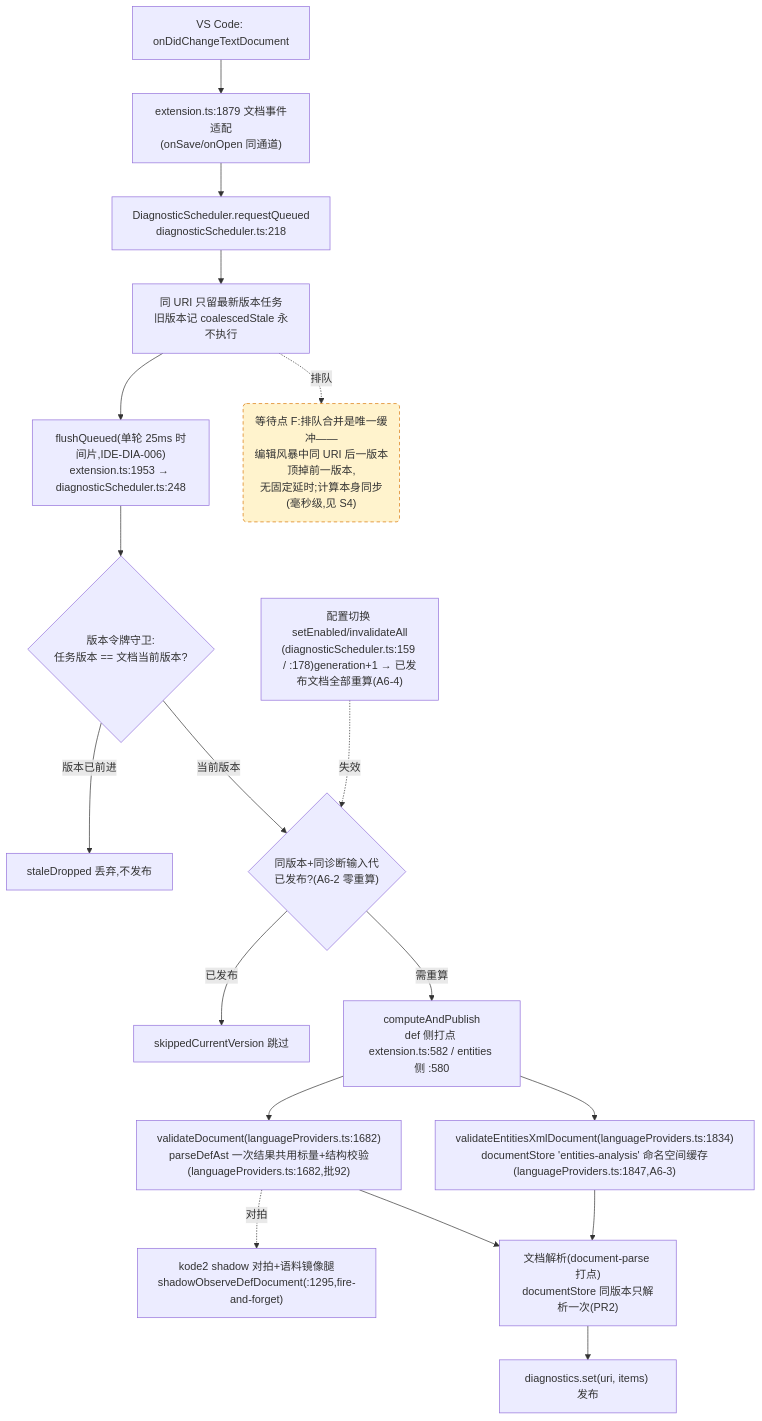
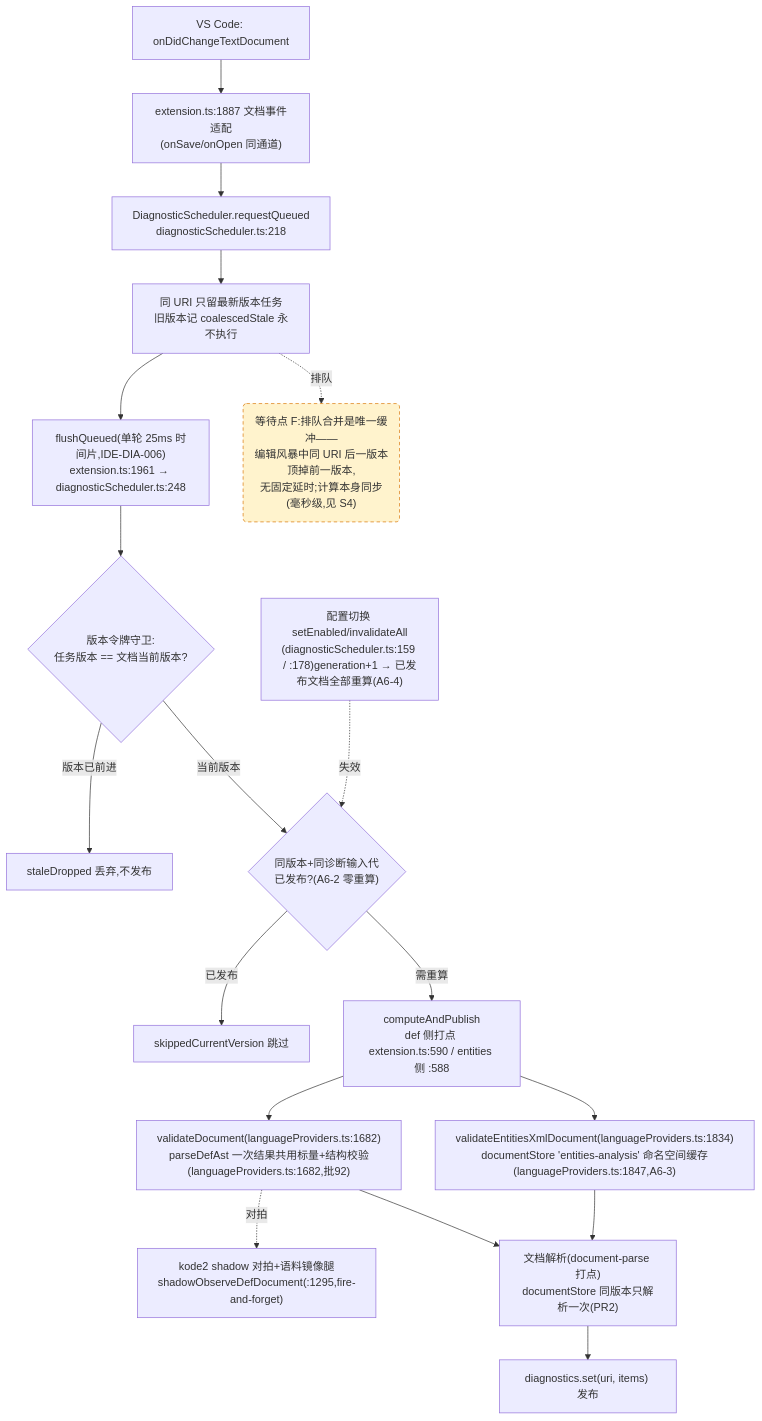
Before and after one commit to cuihairu/kode: the fourth of 4 diagrams in docs/perf/2026-baseline.md, drawn with Mermaid. The commit also changed other lines of this file and 12 other files, not shown here.

````diff
--- a/docs/perf/2026-baseline.md
+++ b/docs/perf/2026-baseline.md
@@ -214,38 +214,38 @@
 ```mermaid
 flowchart TD
   CHG["VS Code: onDidChangeTextDocument"]
-  WATCH["extension.ts:1879 文档事件适配<br/>(onSave/onOpen 同通道)"]
+  WATCH["extension.ts:1887 文档事件适配<br/>(onSave/onOpen 同通道)"]
   RQ["DiagnosticScheduler.requestQueued<br/>diagnosticScheduler.ts:218"]
   CO["同 URI 只留最新版本任务<br/>旧版本记 coalescedStale 永不执行"]
-  FL["flushQueued(单轮 25ms 时间片,IDE-DIA-006)<br/>extension.ts:1953 → diagnosticScheduler.ts:248"]
+  FL["flushQueued(单轮 25ms 时间片,IDE-DIA-006)<br/>extension.ts:1961 → diagnosticScheduler.ts:248"]
   VG{"版本令牌守卫:<br/>任务版本 == 文档当前版本?"}
   DROP["staleDropped 丢弃,不发布"]
   GEN{"同版本+同诊断输入代<br/>已发布?(A6-2 零重算)"}
   SKIP["skippedCurrentVersion 跳过"]
-  CALC["computeAndPublish<br/>def 侧打点 extension.ts:582 / entities 侧 :580"]
+  CALC["computeAndPublish<br/>def 侧打点 extension.ts:590 / entities 侧 :588"]
   VD["validateDocument(languageProviders.ts:1682)<br/>parseDefAst 一次结果共用标量+结构校验(languageProviders.ts:1682,批92)"]
   VEX["validateEntitiesXmlDocument(languageProviders.ts:1834)<br/>documentStore 'entities-analysis' 命名空间缓存(languageProviders.ts:1847,A6-3)"]
   SHDD["kode2 shadow 对拍+语料镜像腿<br/>shadowObserveDefDocument(:1295,fire-and-forget)"]
   DS["文档解析(document-parse 打点)<br/>documentStore 同版本只解析一次(PR2)"]
   PUB["diagnostics.set(uri, items) 发布"]
   CFG2["配置切换 setEnabled/invalidateAll<br/>(diagnosticScheduler.ts:159 / :178)generation+1 → 已发布文档全部重算(A6-4)"]
 
   CHG --> WATCH --> RQ --> CO --> FL --> VG
   VG -- "版本已前进" --> DROP
   VG -- "当前版本" --> GEN
   GEN -- "已发布" --> SKIP
   GEN -- "需重算" --> CALC
   CALC --> VD
   CALC --> VEX
   VD --> DS
   VEX --> DS
   DS --> PUB
   VD -.->|对拍| SHDD
   CFG2 -.->|失效| GEN
 
   WAITF("等待点 F:排队合并是唯一缓冲——<br/>编辑风暴中同 URI 后一版本顶掉前一版本,<br/>无固定延时;计算本身同步(毫秒级,见 S4)")
   CO -.->|排队| WAITF
 
   classDef waitPoint fill:#fff3cd,stroke:#d97706,stroke-dasharray:5 4;
   class WAITF waitPoint;
 ```
````
